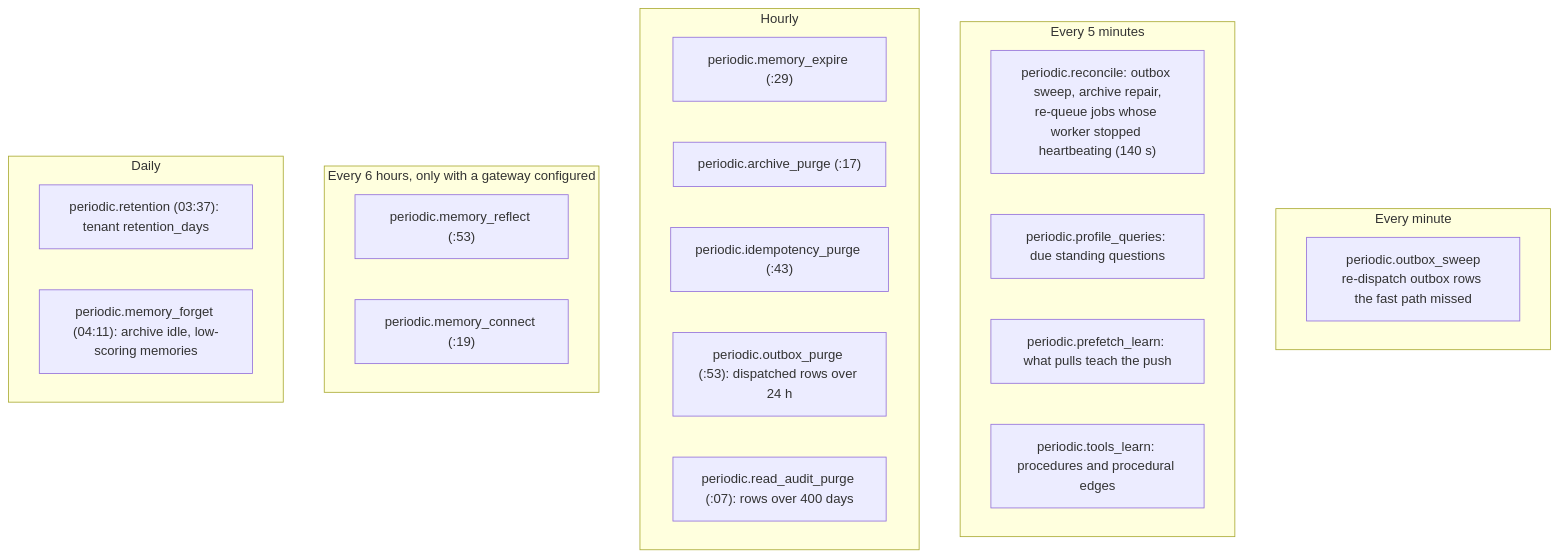
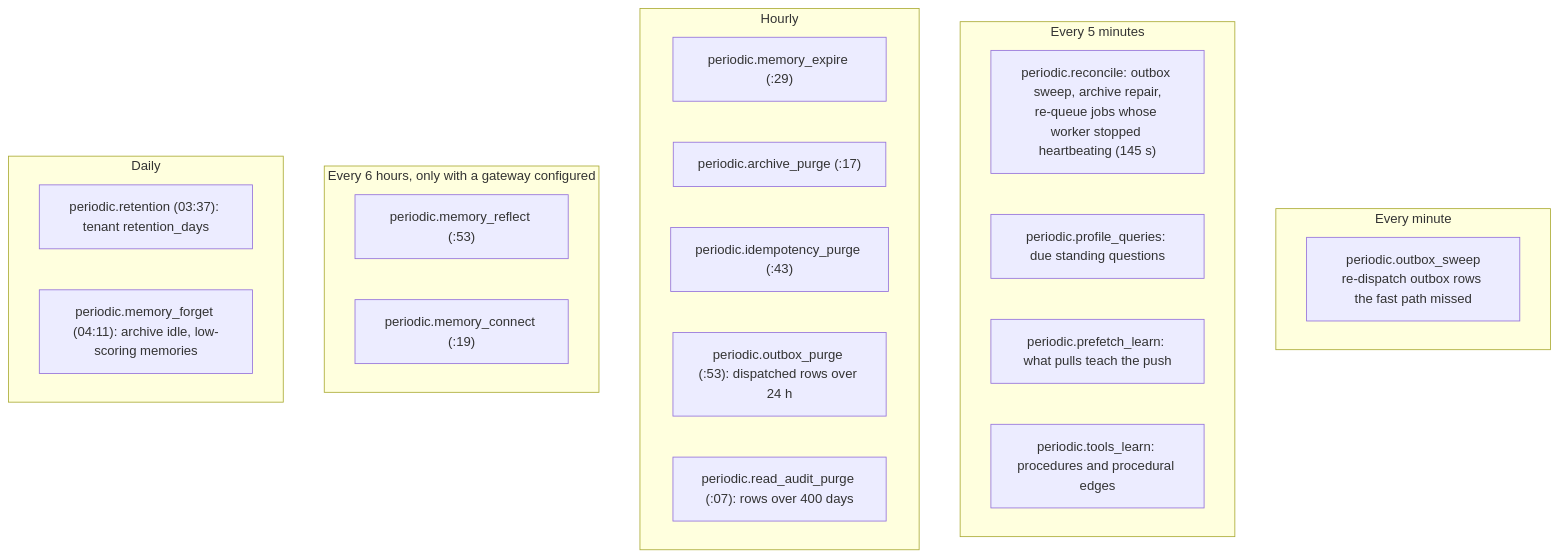
Before and after one commit to amitmohapatra/agent-memory-service: the second of 2 diagrams in docs/guide/11-operations.md, drawn with Mermaid. The commit also changed other lines of this file and 3 other files, not shown here.

````diff
--- a/docs/guide/11-operations.md
+++ b/docs/guide/11-operations.md
@@ -198,27 +198,27 @@
 ```mermaid
 flowchart TB
   subgraph minute[Every minute]
     OS["periodic.outbox_sweep<br/>re-dispatch outbox rows the fast path missed"]
   end
   subgraph five[Every 5 minutes]
-    RC["periodic.reconcile: outbox sweep, archive repair,<br/>re-queue jobs whose worker stopped heartbeating (140 s)"]
+    RC["periodic.reconcile: outbox sweep, archive repair,<br/>re-queue jobs whose worker stopped heartbeating (145 s)"]
     PQ["periodic.profile_queries: due standing questions"]
     PL["periodic.prefetch_learn: what pulls teach the push"]
     TL["periodic.tools_learn: procedures and procedural edges"]
   end
   subgraph hourly[Hourly]
     EX["periodic.memory_expire (:29)"]
     AP["periodic.archive_purge (:17)"]
     IP["periodic.idempotency_purge (:43)"]
     OP["periodic.outbox_purge (:53): dispatched rows over 24 h"]
     RA["periodic.read_audit_purge (:07): rows over 400 days"]
   end
   subgraph six[Every 6 hours, only with a gateway configured]
     RF["periodic.memory_reflect (:53)"]
     CN["periodic.memory_connect (:19)"]
   end
   subgraph daily[Daily]
     RT["periodic.retention (03:37): tenant retention_days"]
     FG["periodic.memory_forget (04:11): archive idle, low-scoring memories"]
   end
 ```
````
